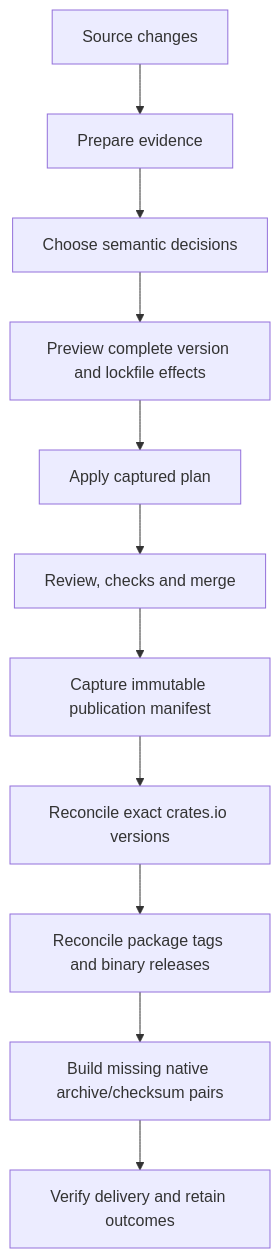
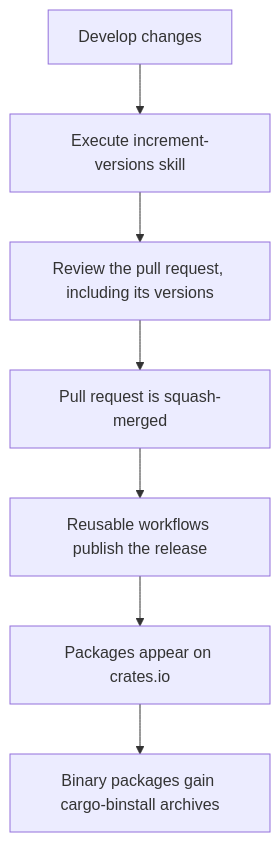
Before and after one commit to folo-rs/folo: the diagram in packages/cargo-release-plan/book/src/introduction.md, drawn with Mermaid. The commit also changed other lines of this file and 87 other files, not shown here.

First line of the commit message:
cargo-release-plan: assess final parent releases separately from history

````diff
--- a/packages/cargo-release-plan/book/src/introduction.md
+++ b/packages/cargo-release-plan/book/src/introduction.md
@@ -62,13 +54,9 @@
 ```mermaid
 flowchart TD
-    A["Source changes"] --> B["Prepare evidence"]
-    B --> C["Choose semantic decisions"]
-    C --> D["Preview complete version and lockfile effects"]
-    D --> E["Apply captured plan"]
-    E --> F["Review, checks and merge"]
-    F --> G["Capture immutable publication manifest"]
-    G --> H["Reconcile exact crates.io versions"]
-    H --> I["Reconcile package tags and binary releases"]
-    I --> J["Build missing native archive/checksum pairs"]
-    J --> K["Verify delivery and retain outcomes"]
+    A["Develop changes"] --> B["Execute increment-versions skill"]
+    B --> C["Review the pull request, including its versions"]
+    C --> D["Pull request is squash-merged"]
+    D --> E["Reusable workflows publish the release"]
+    E --> F["Packages appear on crates.io"]
+    F --> G["Binary packages gain cargo-binstall archives"]
 ```
````
